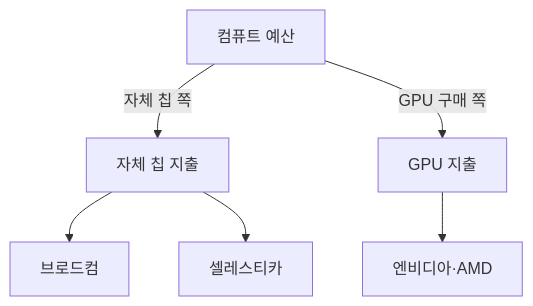
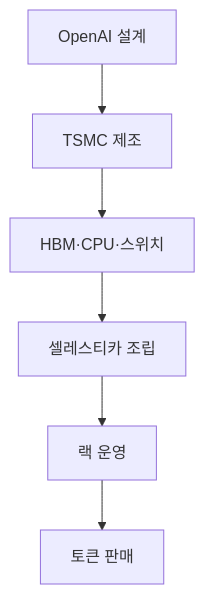
One commit to yohan4477/semi-report changed the fifth of 7 diagrams in insights/frames/exp/2026-08-27-openai-jalapeno-strategy-opus.md. Above: the diagram before and after it, drawn with Mermaid. The commit also changed other lines of this file and 2 other files, not shown here.

````diff
--- a/insights/frames/exp/2026-08-27-openai-jalapeno-strategy-opus.md
+++ b/insights/frames/exp/2026-08-27-openai-jalapeno-strategy-opus.md
@@ -170,8 +158,8 @@
 ```mermaid
 flowchart TD
-    P["컴퓨트 예산"] -->|자체 칩 쪽| S["자체 칩 지출"]
-    P -->|GPU 구매 쪽| G["GPU 지출"]
-    S --> S1["브로드컴"]
-    S --> S2["셀레스티카"]
-    G --> G1["엔비디아·AMD"]
+    A["OpenAI 설계"] --> B["TSMC 제조"]
+    B --> C["HBM·CPU·스위치"]
+    C --> D["셀레스티카 조립"]
+    D --> E["랙 운영"]
+    E --> F["토큰 판매"]
 ```
````
